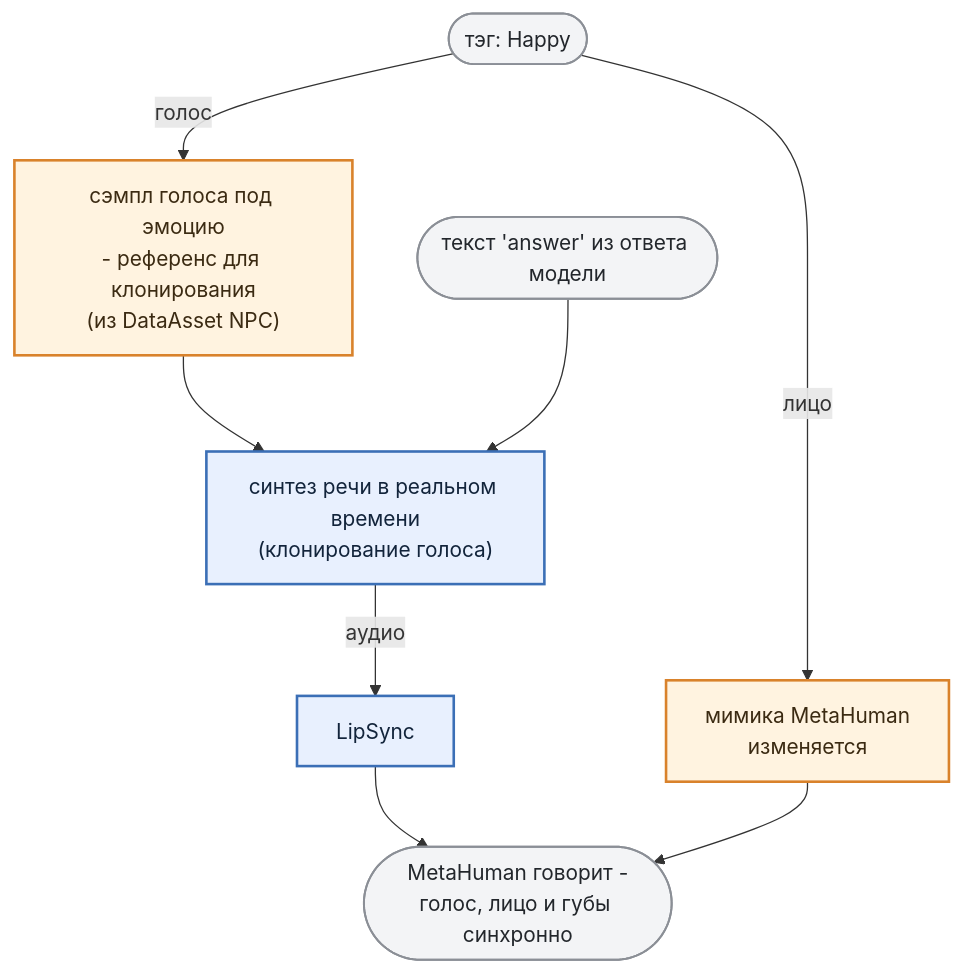
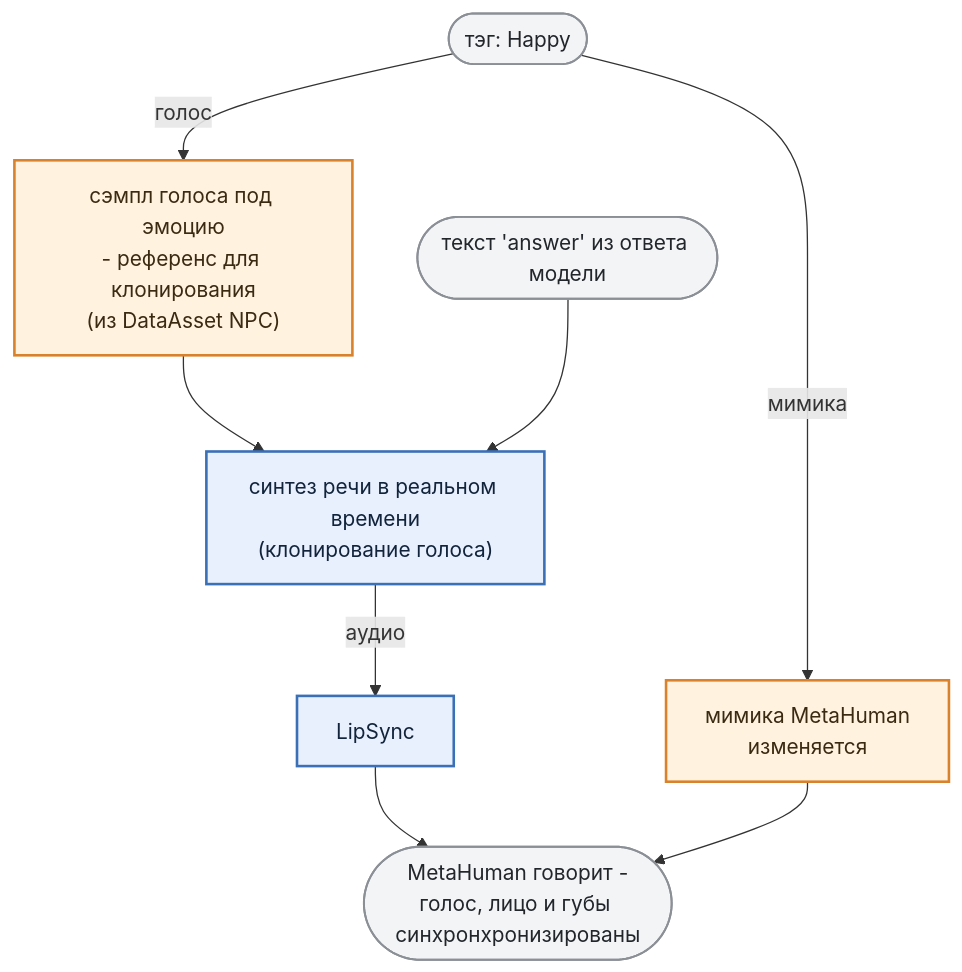
Before and after one commit to MimusTriurus/ullama_demo: the fourth of 6 diagrams in docs/article-full.md, drawn with Mermaid. The commit also changed other lines of this file, not shown here.

````diff
--- a/docs/article-full.md
+++ b/docs/article-full.md
@@ -317,27 +317,27 @@
 ```mermaid
 flowchart TD
     TAG(["тэг: Happy"])
 
     SAMPLE["сэмпл голоса под эмоцию<br/>- референс для клонирования<br/>(из DataAsset NPC)"]
     FACE["мимика MetaHuman<br/>изменяется"]
 
     TTS["синтез речи в реальном времени<br/>(клонирование голоса)"]
     LS["LipSync"]
-    OUT(["MetaHuman говорит -<br/>голос, лицо и губы синхронно"])
+    OUT(["MetaHuman говорит -<br/>голос, лицо и губы синхронхронизированы"])
 
     TAG -- голос --> SAMPLE
-    TAG -- лицо --> FACE
+    TAG -- мимика --> FACE
     SAMPLE --> TTS
     ANSWER(["текст 'answer' из ответа модели"]) --> TTS
     TTS -- аудио --> LS
     LS --> OUT
     FACE --> OUT
 
     classDef state fill:#fff3e0,stroke:#d9822b,stroke-width:2px,color:#3b2a12
     classDef engine fill:#e8f0fe,stroke:#3b6fb6,stroke-width:2px,color:#12243b
     classDef edge fill:#f3f4f6,stroke:#8b8f96,stroke-width:1.5px,color:#22262b
 
     class SAMPLE,FACE state
     class TTS,LS engine
     class TAG,ANSWER,OUT edge
 ```
````
